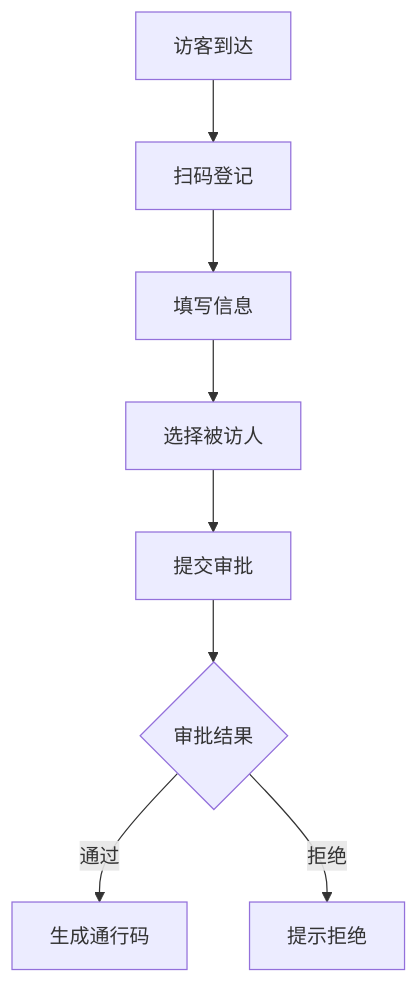
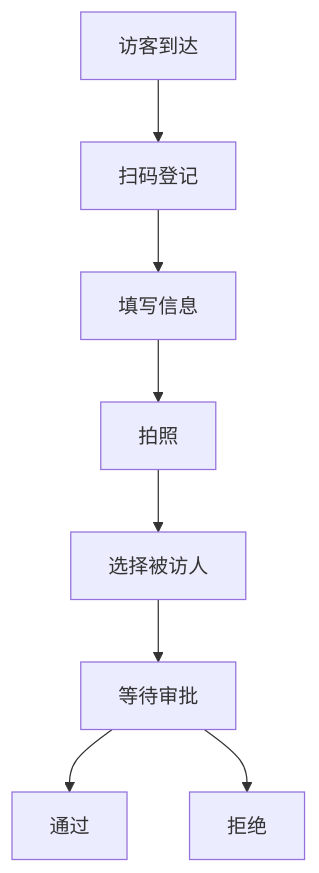
The first of 2 diagrams in devel/requirement.md (yuhaibao39/n8ndeploy), drawn with Mermaid before and after one commit. The commit also changed other lines of this file, not shown here.

````diff
--- a/devel/requirement.md
+++ b/devel/requirement.md
@@ -25,10 +23,10 @@
 ```mermaid
 graph TD
     A[访客到达] --> B[扫码登记]
     B --> C[填写信息]
-    C --> D[选择被访人]
-    D --> E[提交审批]
-    E --> F{审批结果}
-    F -->|通过| G[生成通行码]
-    F -->|拒绝| H[提示拒绝]
+    C --> D[拍照]
+    D --> E[选择被访人]
+    E --> F[等待审批]
+    F --> G[通过]
+    F --> H[拒绝]
 ```
````
